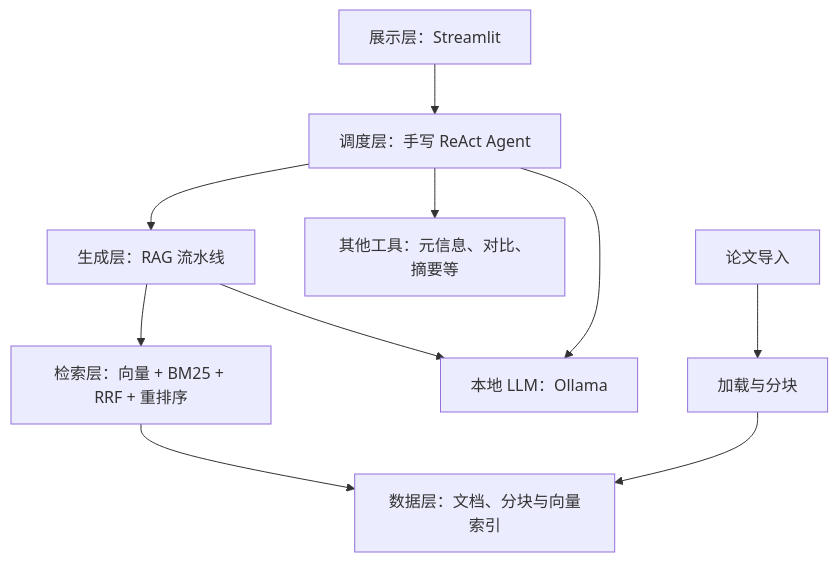
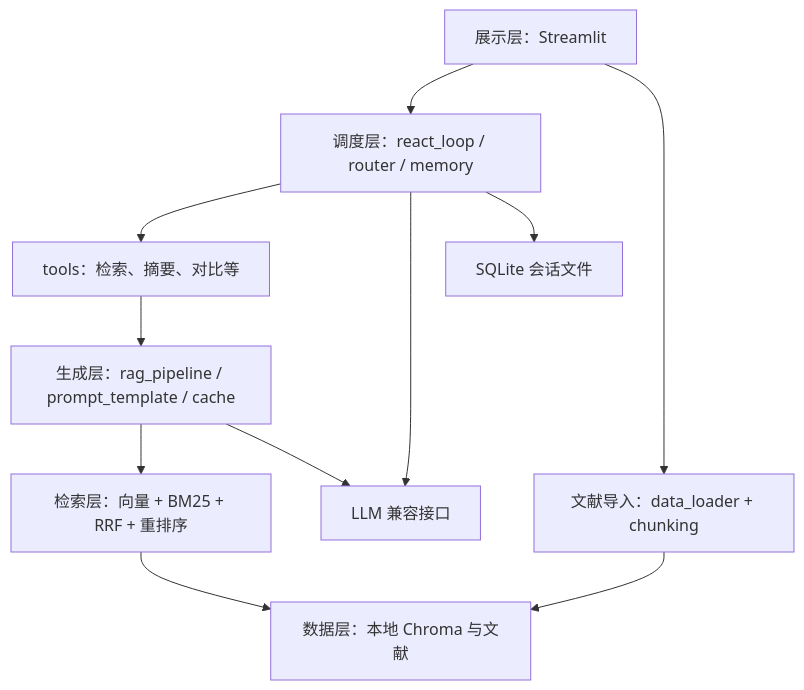
One commit to Reanf1/RAG-Agent changed the diagram in docs/技术设计文档.md. Above: the diagram before and after it, drawn with Mermaid. The commit also changed other lines of this file and 5 other files, not shown here.

````diff
--- a/docs/技术设计文档.md
+++ b/docs/技术设计文档.md
@@ -7,12 +123,13 @@
 ```mermaid
 flowchart TB
-    UI[展示层：Streamlit] --> Agent[调度层：手写 ReAct Agent]
-    Agent --> RAG[生成层：RAG 流水线]
-    Agent --> Tools[其他工具：元信息、对比、摘要等]
-    RAG --> Retrieval[检索层：向量 + BM25 + RRF + 重排序]
-    Retrieval --> Data[数据层：文档、分块与向量索引]
-    RAG --> LLM[本地 LLM：Ollama]
+    UI[展示层：Streamlit] --> Agent[调度层：react_loop / router / memory]
+    UI --> Import[文献导入：data_loader + chunking]
+    Agent --> Tools[tools：检索、摘要、对比等]
+    Tools --> RAG[生成层：rag_pipeline / prompt_template / cache]
+    RAG --> Search[检索层：向量 + BM25 + RRF + 重排序]
+    Search --> Data[数据层：本地 Chroma 与文献]
+    Import --> Data
+    RAG --> LLM[LLM 兼容接口]
     Agent --> LLM
-    Upload[论文导入] --> Loader[加载与分块]
-    Loader --> Data
+    Agent --> Memory[SQLite 会话文件]
 ```
````
